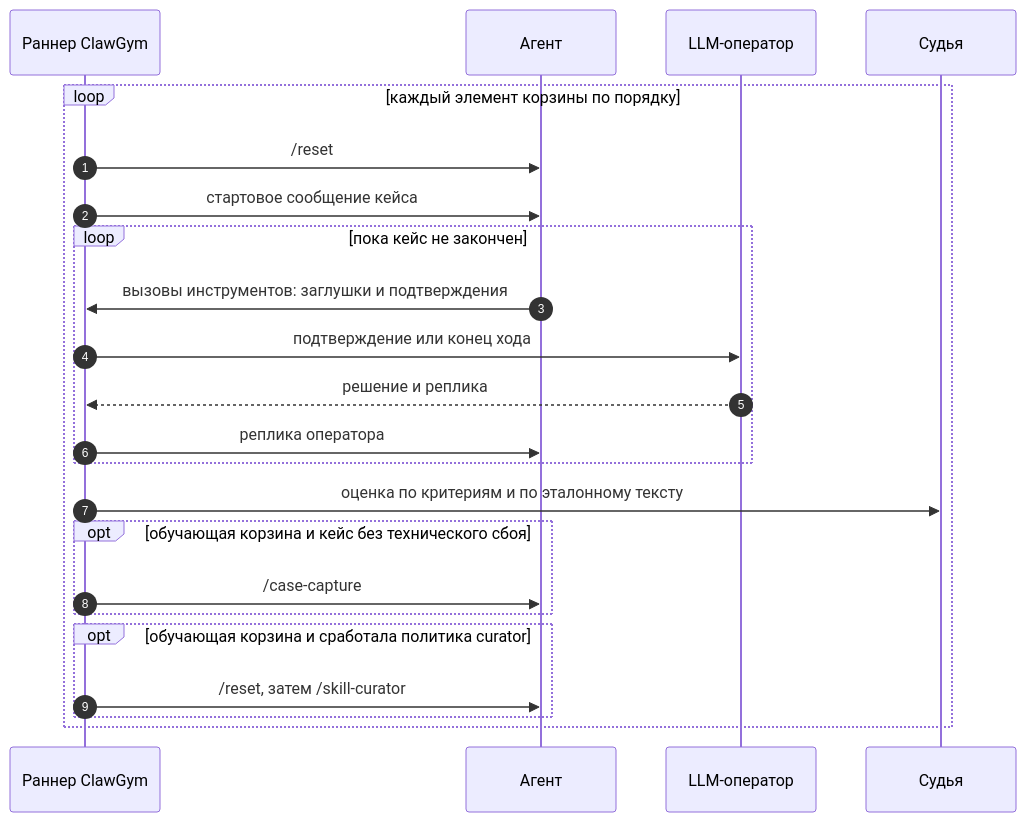
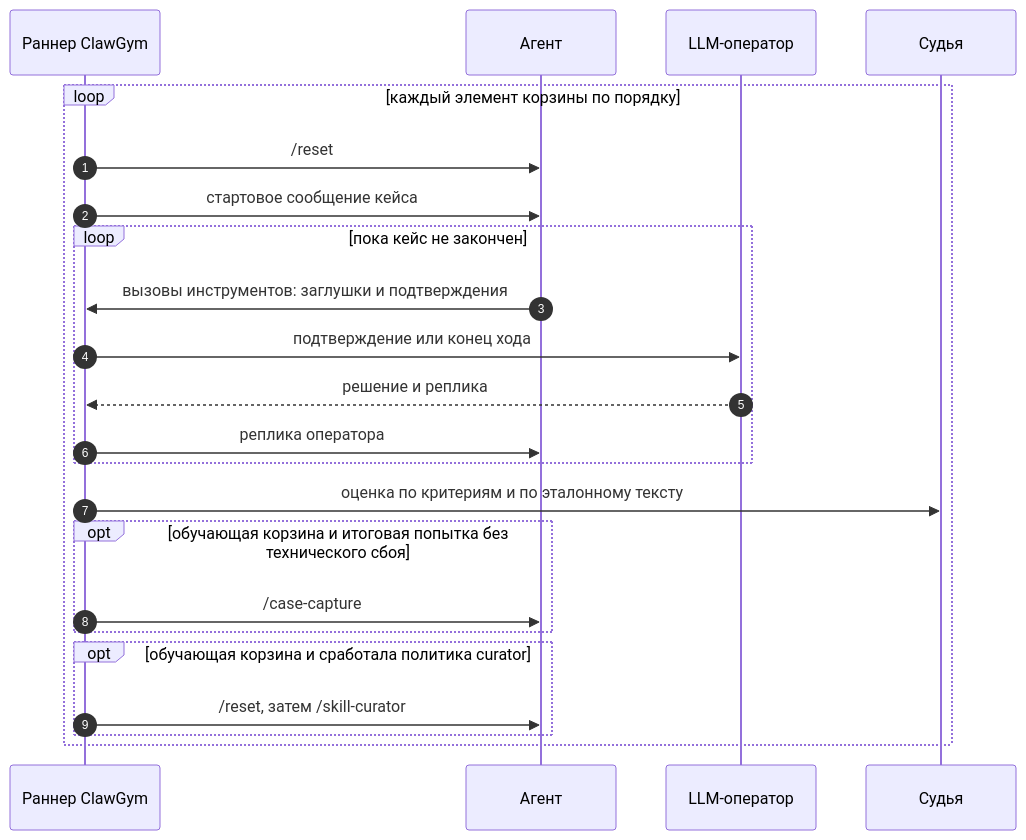
Before and after one commit to Arrogant-zz/cg: the second of 3 diagrams in docs/guide/baskets.md, drawn with Mermaid. The commit also changed other lines of this file and 4 other files, not shown here.

````diff
--- a/docs/guide/baskets.md
+++ b/docs/guide/baskets.md
@@ -182,25 +183,25 @@
 ```mermaid
 sequenceDiagram
   autonumber
   participant R as Раннер ClawGym
   participant A as Агент
   participant O as LLM-оператор
   participant J as Судья
   loop каждый элемент корзины по порядку
     R->>A: /reset
     R->>A: стартовое сообщение кейса
     loop пока кейс не закончен
       A->>R: вызовы инструментов: заглушки и подтверждения
       R->>O: подтверждение или конец хода
       O-->>R: решение и реплика
       R->>A: реплика оператора
     end
     R->>J: оценка по критериям и по эталонному тексту
-    opt обучающая корзина и кейс без технического сбоя
+    opt обучающая корзина и итоговая попытка без технического сбоя
       R->>A: /case-capture
     end
     opt обучающая корзина и сработала политика curator
       R->>A: /reset, затем /skill-curator
     end
   end
 ```
````
